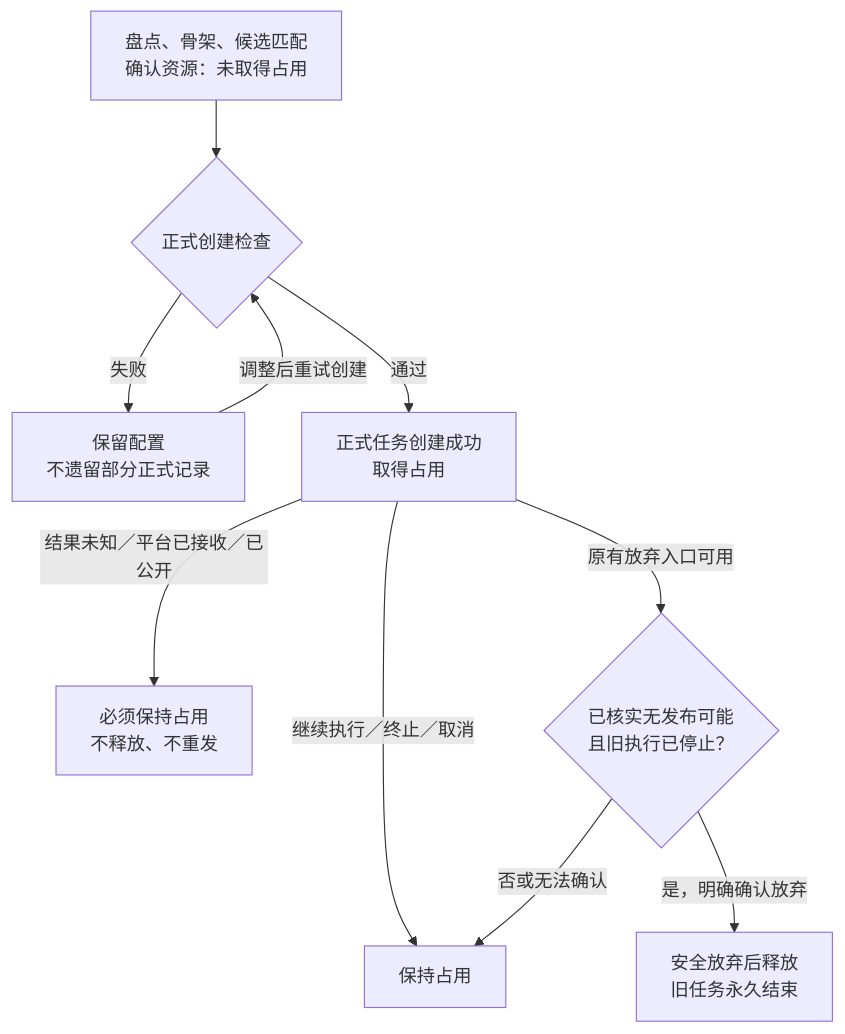
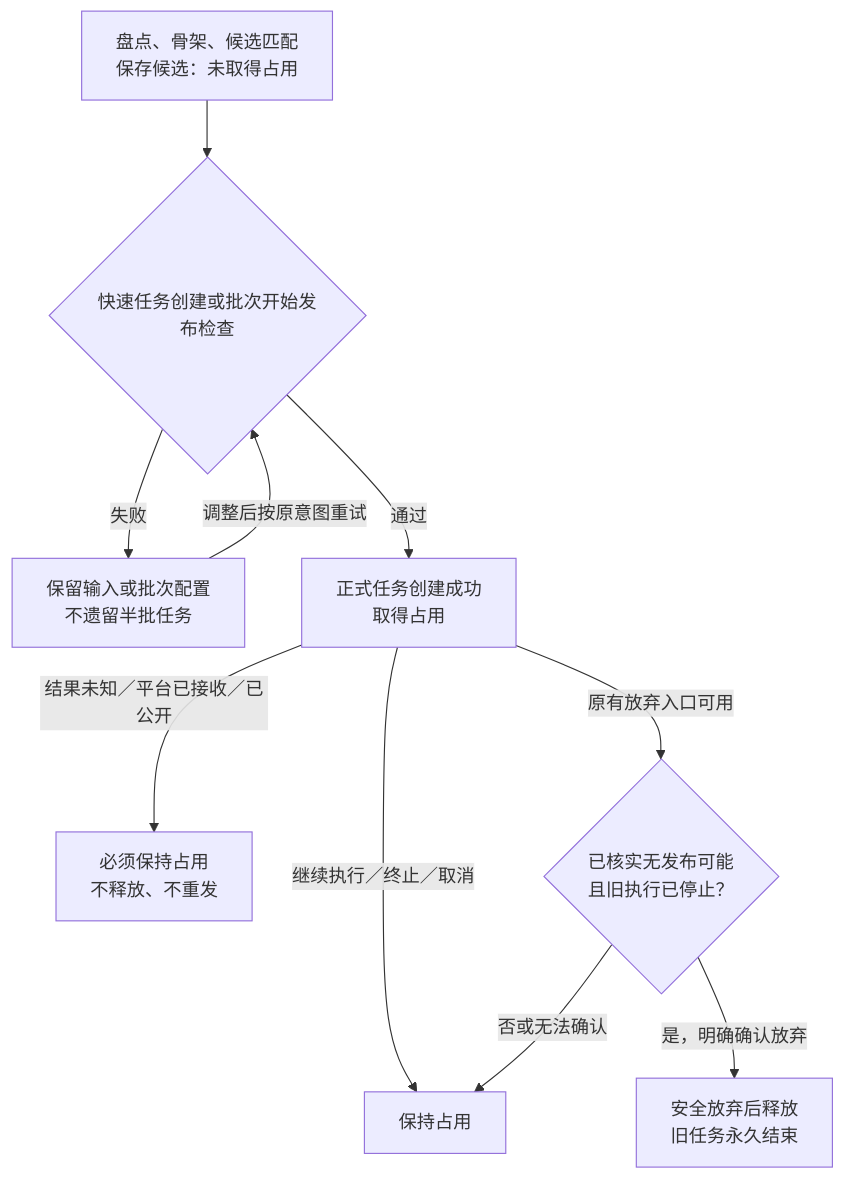
Before and after one commit to piqiu96/wt-media-workspace: the fifth of 5 diagrams in docs/product/prd/详细文档/第六章_发布管理.md, drawn with Mermaid. The commit also changed other lines of this file and 32 other files, not shown here.

````diff
--- a/docs/product/prd/详细文档/第六章_发布管理.md
+++ b/docs/product/prd/详细文档/第六章_发布管理.md
@@ -603,12 +522,12 @@
 ```mermaid
 flowchart TD
-    P[盘点、骨架、候选匹配<br/>确认资源：未取得占用] --> C{正式创建检查}
-    C -->|失败| F[保留配置<br/>不遗留部分正式记录]
-    F -->|调整后重试创建| C
+    P[盘点、骨架、候选匹配<br/>保存候选：未取得占用] --> C{快速任务创建或批次开始发布检查}
+    C -->|失败| F[保留输入或批次配置<br/>不遗留半批任务]
+    F -->|调整后按原意图重试| C
     C -->|通过| O[正式任务创建成功<br/>取得占用]
     O -->|继续执行／终止／取消| K[保持占用]
     O -->|结果未知／平台已接收／已公开| H[必须保持占用<br/>不释放、不重发]
     O -->|原有放弃入口可用| G{已核实无发布可能<br/>且旧执行已停止？}
     G -->|否或无法确认| K
     G -->|是，明确确认放弃| R[安全放弃后释放<br/>旧任务永久结束]
 ```
````
